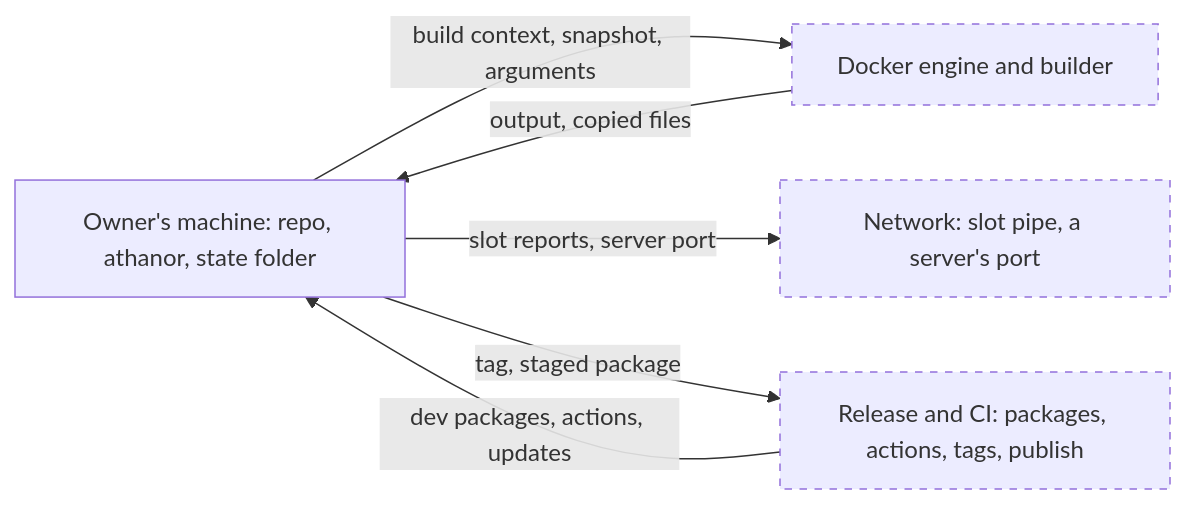
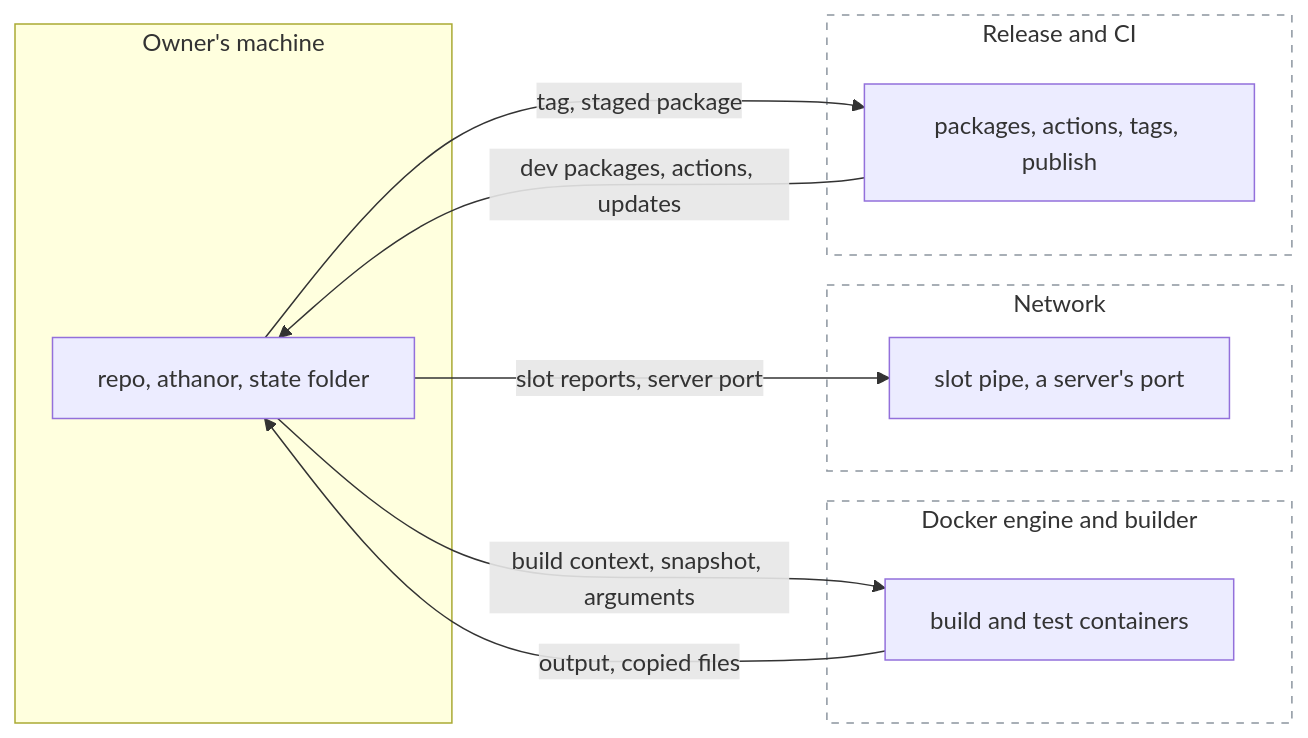
The first of 2 diagrams in docs/threat-model.md (mephistopheles4/athanor), drawn with Mermaid before and after one commit. The commit also changed other lines of this file and 3 other files, not shown here.

````diff
--- a/docs/threat-model.md
+++ b/docs/threat-model.md
@@ -22,15 +22,23 @@
 ```mermaid
 flowchart LR
-    Machine["Owner's machine: repo, athanor, state folder"]
-    Engine["Docker engine and builder"]
-    Net["Network: slot pipe, a server's port"]
-    Rel["Release and CI: packages, actions, tags, publish"]
-    Machine -- "build context, snapshot, arguments" --> Engine
-    Engine -- "output, copied files" --> Machine
-    Machine -- "slot reports, server port" --> Net
-    Rel -- "dev packages, actions, updates" --> Machine
-    Machine -- "tag, staged package" --> Rel
-    style Engine stroke-dasharray: 5 5
-    style Net stroke-dasharray: 5 5
-    style Rel stroke-dasharray: 5 5
+    subgraph Machine["Owner's machine"]
+        Athanor["repo, athanor, state folder"]
+    end
+    subgraph Engine["Docker engine and builder"]
+        Run["build and test containers"]
+    end
+    subgraph Net["Network"]
+        Pipe["slot pipe, a server's port"]
+    end
+    subgraph Rel["Release and CI"]
+        Pub["packages, actions, tags, publish"]
+    end
+    Athanor -- "build context, snapshot, arguments" --> Run
+    Run -- "output, copied files" --> Athanor
+    Athanor -- "slot reports, server port" --> Pipe
+    Pub -- "dev packages, actions, updates" --> Athanor
+    Athanor -- "tag, staged package" --> Pub
+    style Engine fill:transparent,stroke:#8c959f,stroke-dasharray: 5 5
+    style Net fill:transparent,stroke:#8c959f,stroke-dasharray: 5 5
+    style Rel fill:transparent,stroke:#8c959f,stroke-dasharray: 5 5
 ```
````
